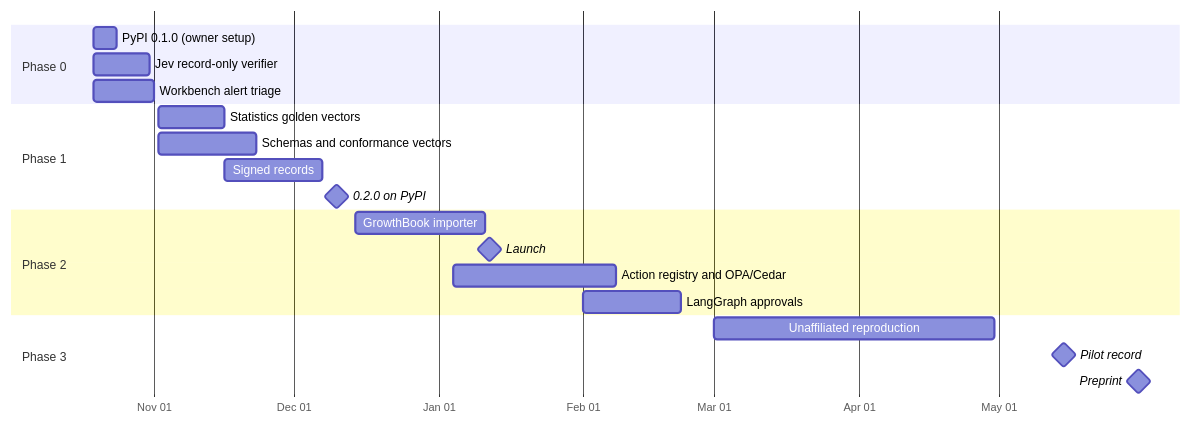
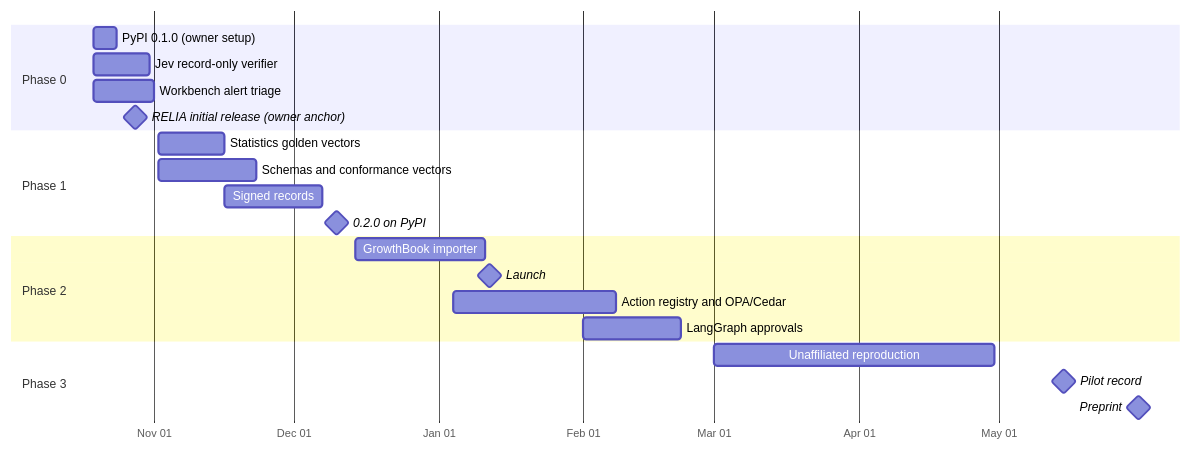
One commit to BichengWang/py-notebook changed the diagram in .plan/README.md. Above: the diagram before and after it, drawn with Mermaid. The commit also changed other lines of this file and 4 other files, not shown here.

````diff
--- a/.plan/README.md
+++ b/.plan/README.md
@@ -109,23 +109,24 @@
 ```mermaid
 gantt
   dateFormat YYYY-MM-DD
   axisFormat %b %d
   section Phase 0
   PyPI 0.1.0 (owner setup)               :p016, 2026-10-19, 5d
   Jev record-only verifier               :p017, 2026-10-19, 12d
   Workbench alert triage                 :p019, 2026-10-19, 13d
+  RELIA initial release (owner anchor)   :milestone, 2026-10-28, 0d
   section Phase 1
   Statistics golden vectors              :p013, 2026-11-02, 14d
   Schemas and conformance vectors        :p011, 2026-11-02, 21d
   Signed records                         :p012, 2026-11-16, 21d
   0.2.0 on PyPI                          :milestone, 2026-12-10, 0d
   section Phase 2
   GrowthBook importer                    :p025, 2026-12-14, 28d
   Launch                                 :milestone, 2027-01-12, 0d
   Action registry and OPA/Cedar          :p015, 2027-01-04, 35d
   LangGraph approvals                    :p026, 2027-02-01, 21d
   section Phase 3
   Unaffiliated reproduction              :p029, 2027-03-01, 60d
   Pilot record                           :milestone, 2027-05-15, 0d
   Preprint                               :milestone, 2027-05-31, 0d
 ```
````
